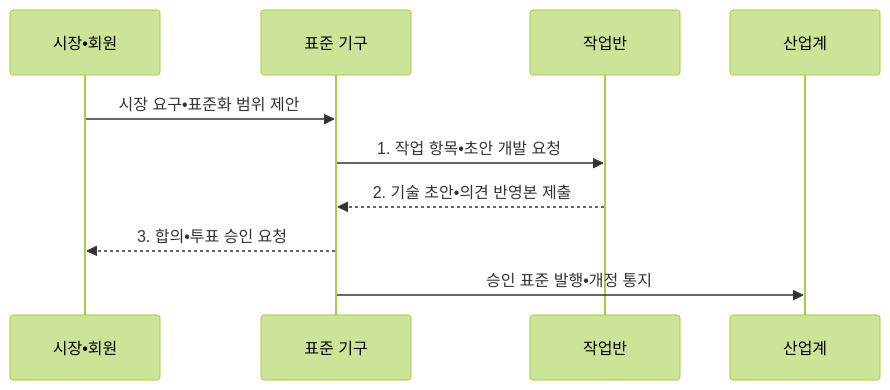
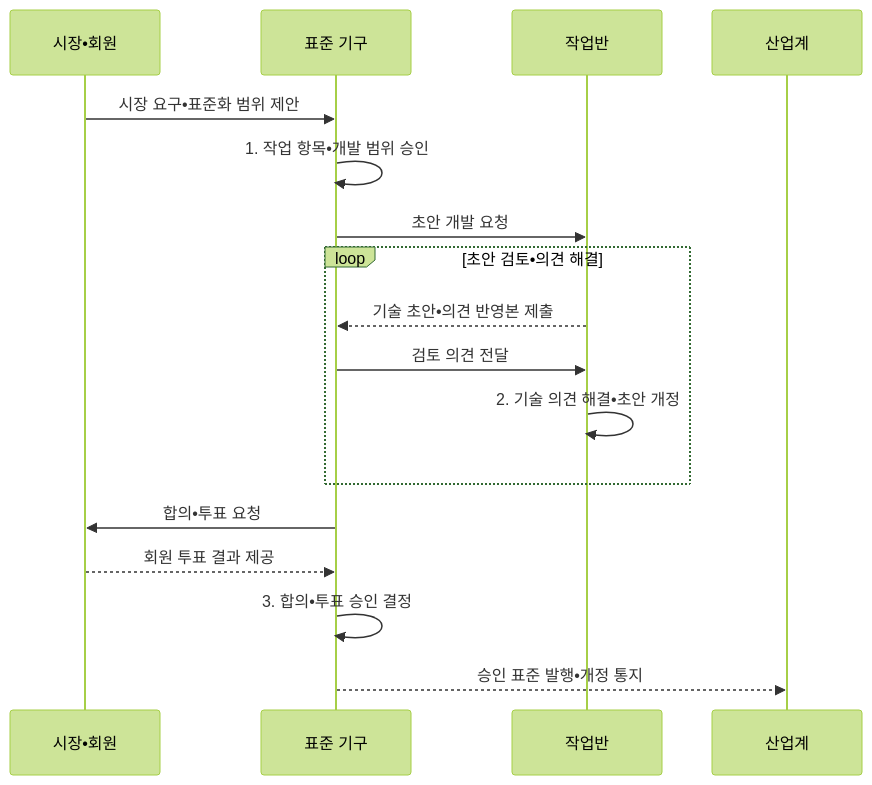
The second of 2 diagrams in src/content/docs/notes/07-law-policy/042_international_standards_bodies.md (agnusdei1207/knowledge-base), drawn with Mermaid (forest theme) before and after one commit. The commit also changed other lines of this file and 5 other files, not shown here.

````diff
--- a/src/content/docs/notes/07-law-policy/042_international_standards_bodies.md
+++ b/src/content/docs/notes/07-law-policy/042_international_standards_bodies.md
@@ -99,12 +99,19 @@
 ```mermaid
 sequenceDiagram
     participant M as 시장•회원
     participant S as 표준 기구
     participant W as 작업반
     participant I as 산업계
     M->>S: 시장 요구•표준화 범위 제안
-    S->>W: 1. 작업 항목•초안 개발 요청
-    W-->>S: 2. 기술 초안•의견 반영본 제출
-    S-->>M: 3. 합의•투표 승인 요청
-    S->>I: 승인 표준 발행•개정 통지
+    S->>S: 1. 작업 항목•개발 범위 승인
+    S->>W: 초안 개발 요청
+    loop 초안 검토•의견 해결
+        W-->>S: 기술 초안•의견 반영본 제출
+        S->>W: 검토 의견 전달
+        W->>W: 2. 기술 의견 해결•초안 개정
+    end
+    S->>M: 합의•투표 요청
+    M-->>S: 회원 투표 결과 제공
+    S->>S: 3. 합의•투표 승인 결정
+    S-->>I: 승인 표준 발행•개정 통지
 ```
````
